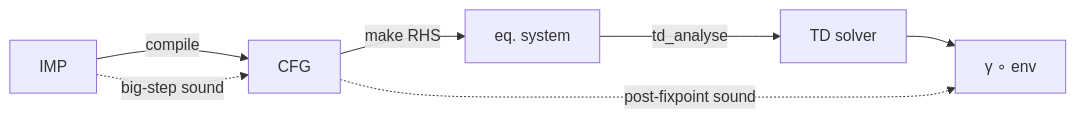
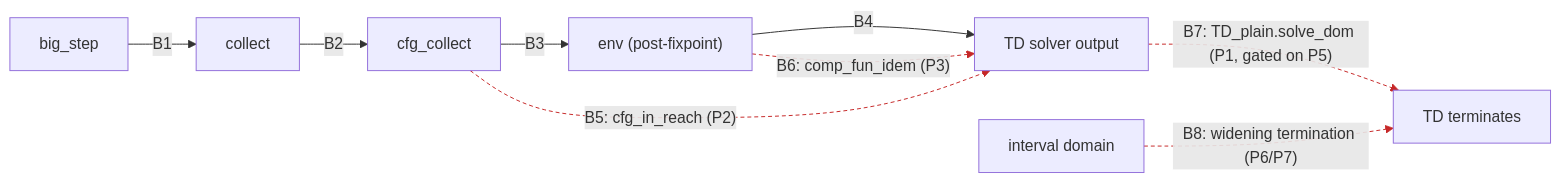
Before and after one commit to ManuelLerchner/Voblint-Verification-Master-Thesis: the first of 2 diagrams in README.md, drawn with Mermaid. The commit also changed other lines of this file, not shown here.

````diff
--- a/README.md
+++ b/README.md
@@ -18,16 +20,22 @@
 ```mermaid
 flowchart LR
-  IMP["IMP"]
-  CFG["CFG"]
-  EQ["eq. system"]
-  TD["TD solver"]
-  OUT["γ ∘ env"]
+  BS["big_step"]
+  COL["collect"]
+  CC["cfg_collect"]
+  PFP["env (post-fixpoint)"]
+  TD["TD solver output"]
+  TERM["TD terminates"]
+  IVL["interval domain"]
 
-  IMP -->|compile| CFG
-  CFG -->|make RHS| EQ
-  EQ -->|td_analyse| TD
-  TD --> OUT
+  BS -->|B1| COL
+  COL -->|B2| CC
+  CC -->|B3| PFP
+  PFP -->|B4| TD
 
-  IMP -.->|big-step sound| CFG
-  CFG -.->|post-fixpoint sound| OUT
+  CC -.->|"B5: cfg_in_reach (P2)"| TD
+  PFP -.->|"B6: comp_fun_idem (P3)"| TD
+  TD -.->|"B7: TD_plain.solve_dom (P1, gated on P5)"| TERM
+  IVL -.->|"B8: widening termination (P6/P7)"| TERM
+
+  linkStyle 4,5,6,7 stroke:#c62828,stroke-dasharray: 4 3
 ```
````
